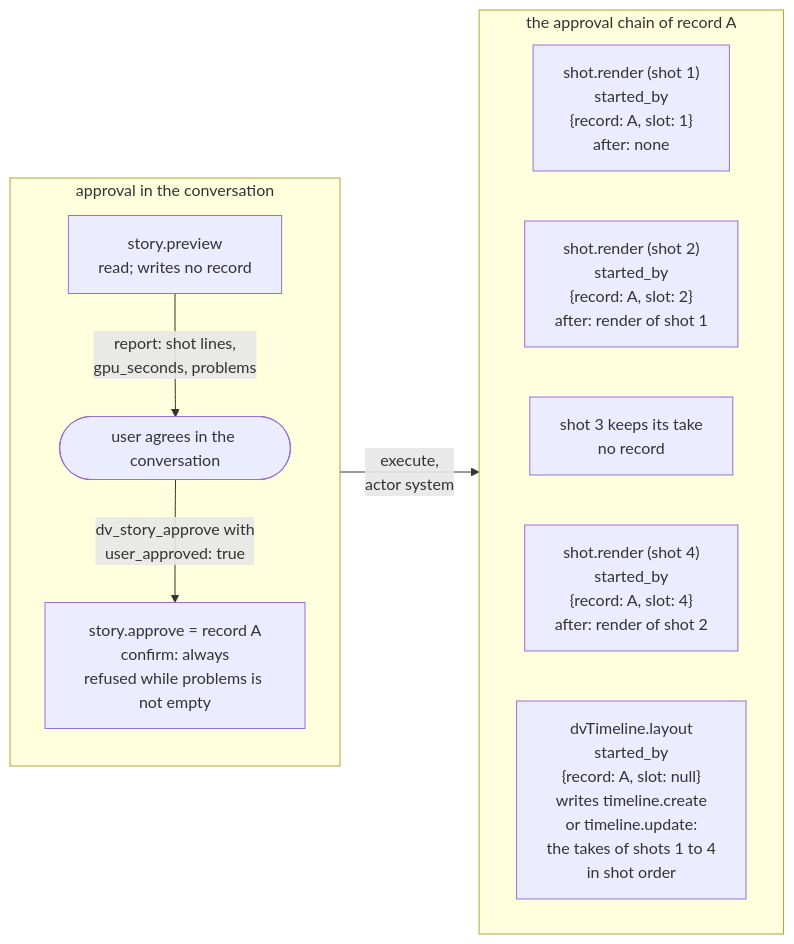
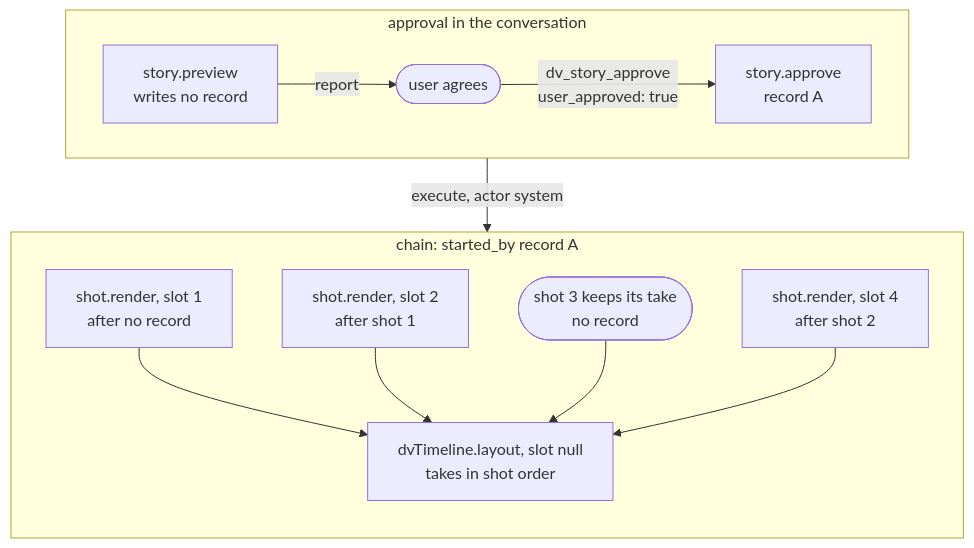
The diagram in docs/dreamverse/subsystems/workflows.md (fastvideo-project/dreamverse-harness), drawn with Mermaid before and after one commit. The commit also changed 20 other files, not shown here.

````diff
--- a/docs/dreamverse/subsystems/workflows.md
+++ b/docs/dreamverse/subsystems/workflows.md
@@ -34,20 +34,21 @@
 ```mermaid
-flowchart LR
+flowchart TB
   subgraph approval["approval in the conversation"]
+    direction LR
+    preview["story.preview<br/>writes no record"]
+    user(["user agrees"])
+    approve["story.approve<br/>record A"]
+    preview -- "report" --> user
+    user -- "dv_story_approve<br/>user_approved: true" --> approve
+  end
+  subgraph chain["chain: started_by record A"]
     direction TB
-    preview["story.preview<br/>read; writes no record"]
-    user(["user agrees in the conversation"])
-    approve["story.approve = record A<br/>confirm: always<br/>refused while problems is not empty"]
-    preview -- "report: shot lines,<br/>gpu_seconds, problems" --> user
-    user -- "dv_story_approve with<br/>user_approved: true" --> approve
+    r1["shot.render, slot 1<br/>after no record"]
+    r2["shot.render, slot 2<br/>after shot 1"]
+    keep(["shot 3 keeps its take<br/>no record"])
+    r4["shot.render, slot 4<br/>after shot 2"]
+    layout["dvTimeline.layout, slot null<br/>takes in shot order"]
+    r1 & r2 & keep & r4 --> layout
   end
-  subgraph chain["the approval chain of record A"]
-    direction LR
-    r1["shot.render (shot 1)<br/>started_by<br/>{record: A, slot: 1}<br/>after: none"]
-    r2["shot.render (shot 2)<br/>started_by<br/>{record: A, slot: 2}<br/>after: render of shot 1"]
-    keep["shot 3 keeps its take<br/>no record"]
-    r4["shot.render (shot 4)<br/>started_by<br/>{record: A, slot: 4}<br/>after: render of shot 2"]
-    layout["dvTimeline.layout<br/>started_by<br/>{record: A, slot: null}<br/>writes timeline.create<br/>or timeline.update:<br/>the takes of shots 1 to 4<br/>in shot order"]
-  end
-  approval -- "execute,<br/>actor system" --> chain
+  approval -- "execute, actor system" --> chain
 ```
````
